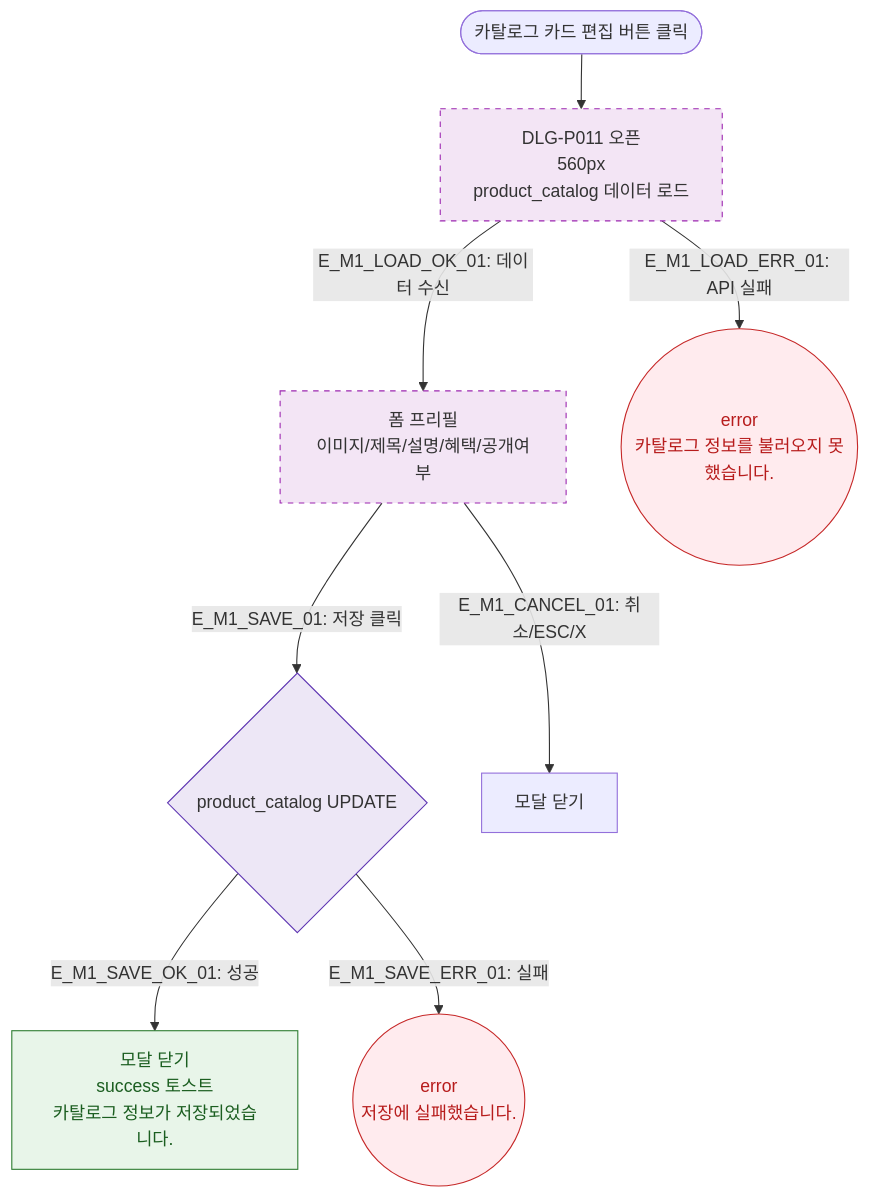
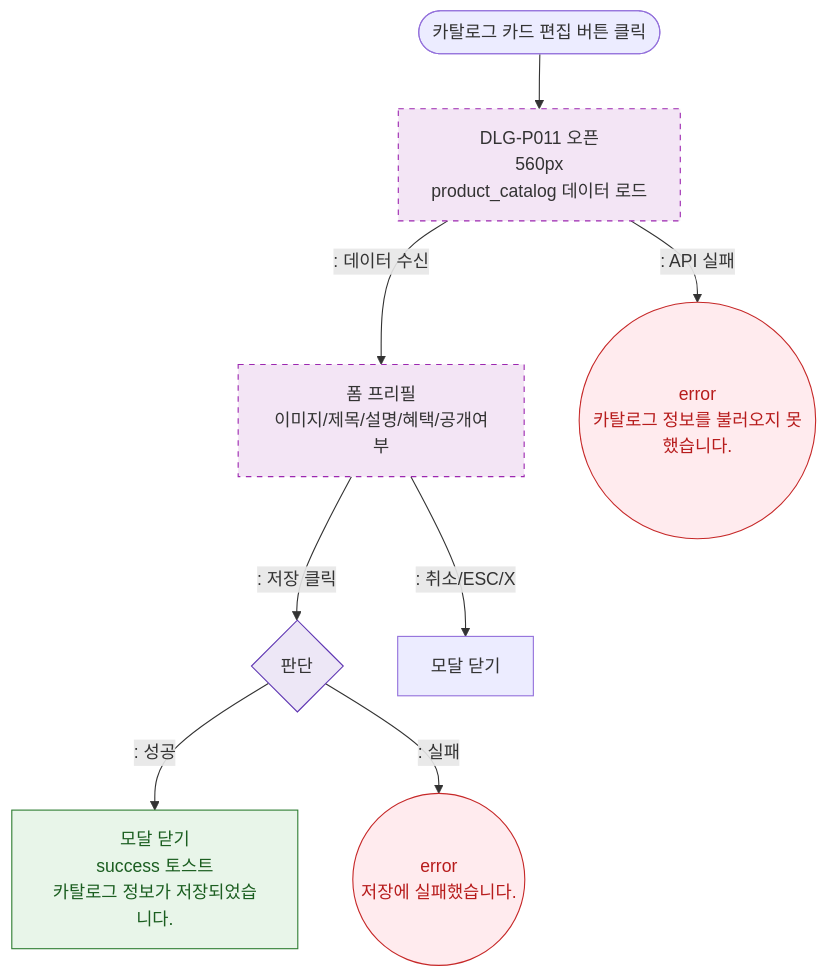
The diagram in docs/다이어그램/D05_상품관리/DLG/DLG-P011_카탈로그편집/M1_모달생명주기.md (dev-spogym/admin-pando), drawn with Mermaid before and after one commit. The commit also changed other lines of this file and 1660 other files, not shown here.

First line of the commit message:
다이어그램: 기획자/클라이언트 납품본으로 정리

````diff
--- a/docs/다이어그램/D05_상품관리/DLG/DLG-P011_카탈로그편집/M1_모달생명주기.md
+++ b/docs/다이어그램/D05_상품관리/DLG/DLG-P011_카탈로그편집/M1_모달생명주기.md
@@ -16,21 +14,21 @@
 ```mermaid
 flowchart TD
     TRIGGER([카탈로그 카드 편집 버튼 클릭]) --> OpenModal[DLG-P011 오픈\n560px\nproduct_catalog 데이터 로드]
-    OpenModal -->|"E_M1_LOAD_OK_01: 데이터 수신"| Ready[폼 프리필\n이미지/제목/설명/혜택/공개여부]
-    OpenModal -->|"E_M1_LOAD_ERR_01: API 실패"| LoadErr((error\n카탈로그 정보를 불러오지 못했습니다.))
+    OpenModal -->|": 데이터 수신"|Ready[폼 프리필\n이미지/제목/설명/혜택/공개여부]
+    OpenModal -->|": API 실패"|LoadErr((error\n카탈로그 정보를 불러오지 못했습니다.))
 
-    Ready -->|"E_M1_SAVE_01: 저장 클릭"| SaveAPI{product_catalog UPDATE}
-    SaveAPI -->|"E_M1_SAVE_OK_01: 성공"| CloseSuccess[모달 닫기\nsuccess 토스트\n카탈로그 정보가 저장되었습니다.]
-    SaveAPI -->|"E_M1_SAVE_ERR_01: 실패"| SaveErr((error\n저장에 실패했습니다.))
+    Ready -->|": 저장 클릭"|SaveAPI{판단}
+    SaveAPI -->|": 성공"|CloseSuccess[모달 닫기\nsuccess 토스트\n카탈로그 정보가 저장되었습니다.]
+    SaveAPI -->|": 실패"|SaveErr((error\n저장에 실패했습니다.))
 
-    Ready -->|"E_M1_CANCEL_01: 취소/ESC/X"| Closed[모달 닫기]
+    Ready -->|": 취소/ESC/X"|Closed[모달 닫기]
 
     classDef newFeature fill:#F3E5F5,stroke:#9C27B0,stroke-dasharray:5 5
     classDef success fill:#E8F5E9,stroke:#2E7D32,color:#1B5E20
     classDef error fill:#FFEBEE,stroke:#C62828,color:#B71C1C
     classDef system fill:#EDE7F6,stroke:#5E35B2
     class OpenModal,Ready newFeature
     class CloseSuccess success
     class LoadErr,SaveErr error
     class SaveAPI system
 ```
````
